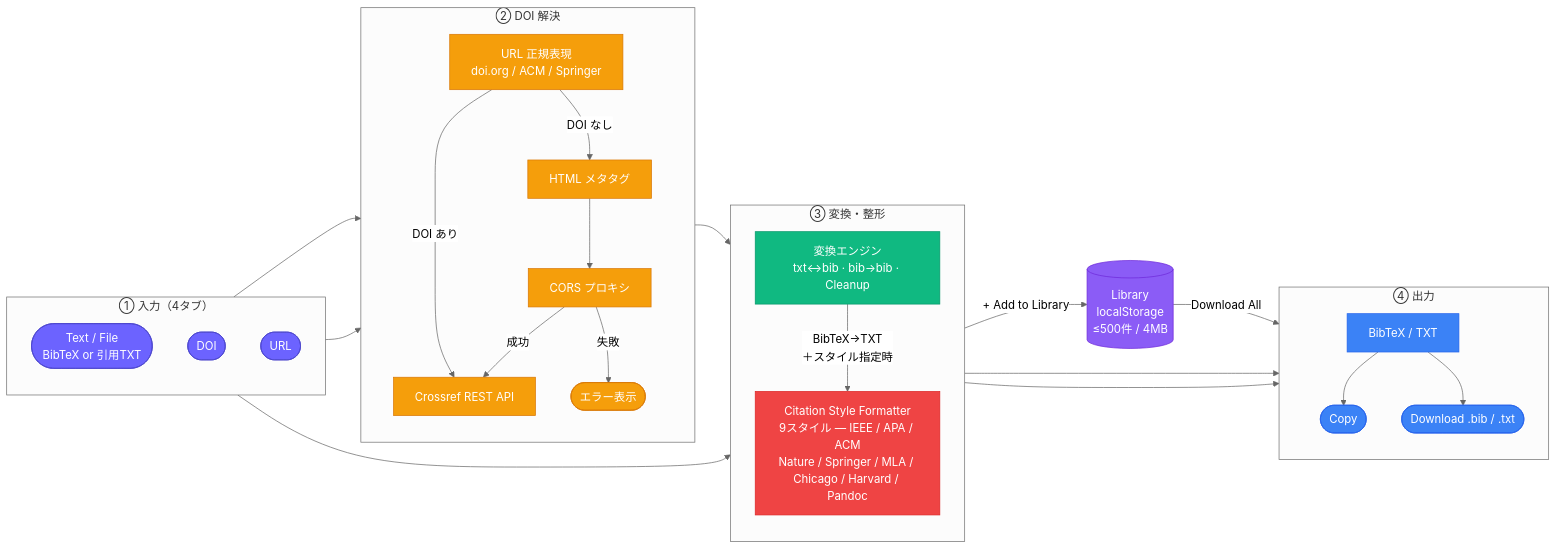
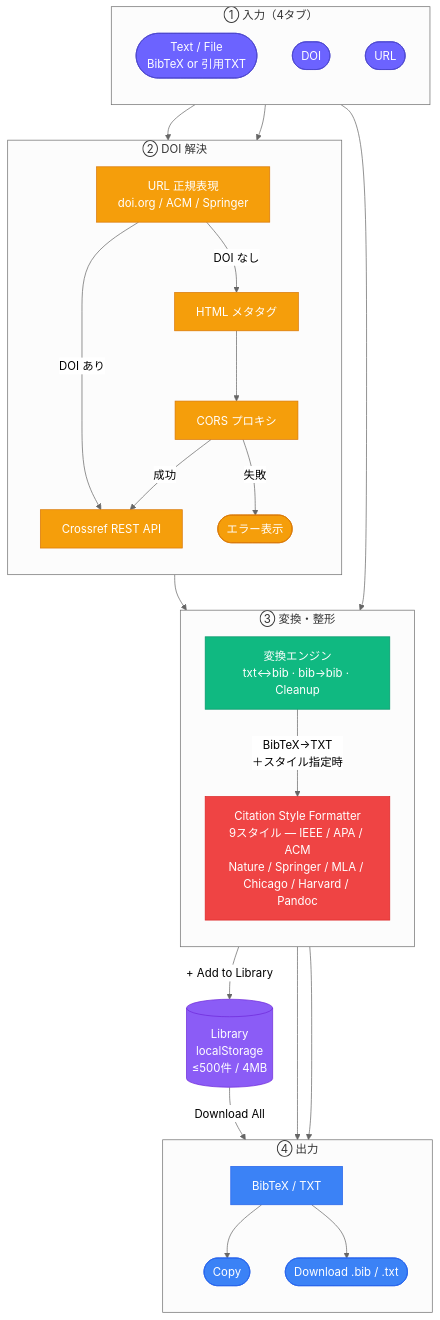
Before and after one commit to Axe0320/citation-bibtex-converter: the first of 2 diagrams in README.md, drawn with Mermaid (neutral theme).

Commit message:
docs: revert system flowchart direction to TD (keep structural fixes)

````diff
--- a/README.md
+++ b/README.md
@@ -49,56 +49,56 @@
 ```mermaid
-flowchart LR
+flowchart TD
     classDef input  fill:#6C63FF,color:#fff,stroke:#4a44cc
     classDef api    fill:#F59E0B,color:#fff,stroke:#D97706
     classDef parse  fill:#10B981,color:#fff,stroke:#059669
     classDef format fill:#EF4444,color:#fff,stroke:#DC2626
     classDef out    fill:#3B82F6,color:#fff,stroke:#2563EB
     classDef store  fill:#8B5CF6,color:#fff,stroke:#6D28D9
 
     subgraph IN["① 入力（4タブ）"]
         direction TB
         T([Text / File\nBibTeX or 引用TXT]):::input
         D([DOI]):::input
         U([URL]):::input
     end
 
     subgraph RESOLVE["② DOI 解決"]
         direction TB
         RX["URL 正規表現\ndoi.org / ACM / Springer"]:::api
         META[HTML メタタグ]:::api
         PROXY[CORS プロキシ]:::api
         CR[Crossref REST API]:::api
         ERR([エラー表示]):::api
         RX -->|"DOI あり"| CR
         RX -->|"DOI なし"| META --> PROXY
         PROXY -->|"成功"| CR
         PROXY -->|"失敗"| ERR
     end
 
     subgraph PROC["③ 変換・整形"]
         direction TB
         CV["変換エンジン\ntxt↔bib · bib→bib · Cleanup"]:::parse
         SF["Citation Style Formatter\n9スタイル — IEEE / APA / ACM\nNature / Springer / MLA / Chicago / Harvard / Pandoc"]:::format
         CV -->|"BibTeX→TXT\n＋スタイル指定時"| SF
     end
 
     subgraph OUT["④ 出力"]
         direction TB
         OP[BibTeX / TXT]:::out
         CP([Copy]):::out
         DL([Download .bib / .txt]):::out
         OP --> CP
         OP --> DL
     end
 
     LIB[(Library\nlocalStorage\n≤500件 / 4MB)]:::store
 
     T --> CV
     D --> CR
     U --> RX
     CR --> CV
     CV --> OP
     SF --> OP
     CV -->|"+ Add to Library"| LIB
     LIB -->|"Download All"| DL
 ```
````
